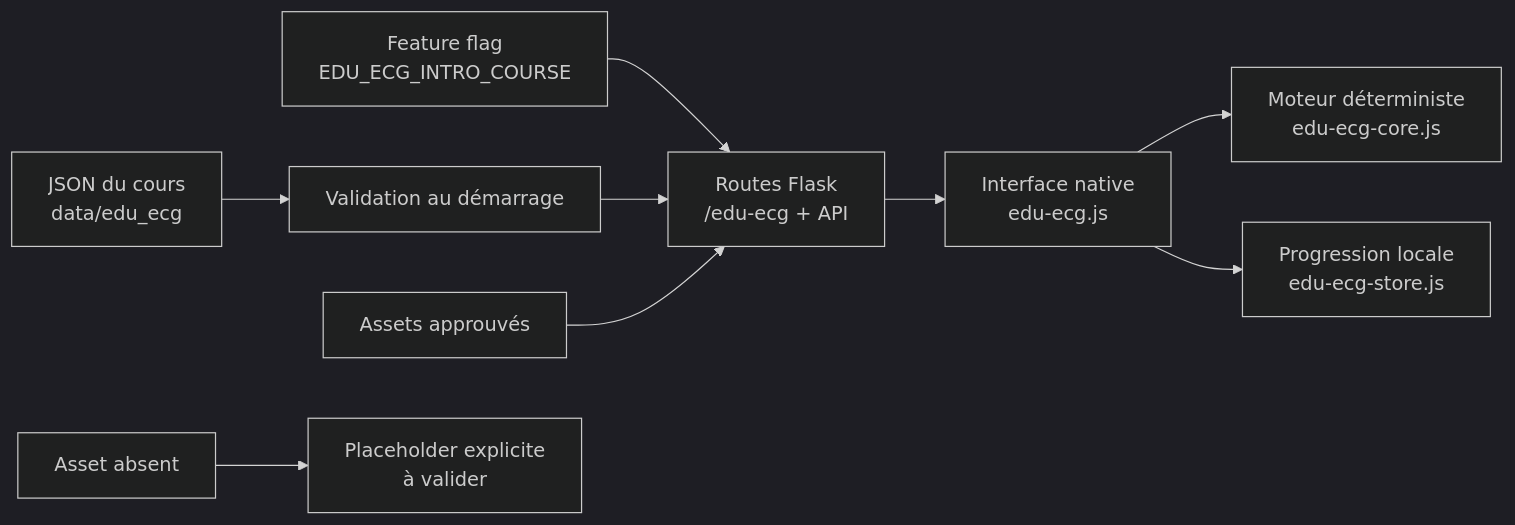
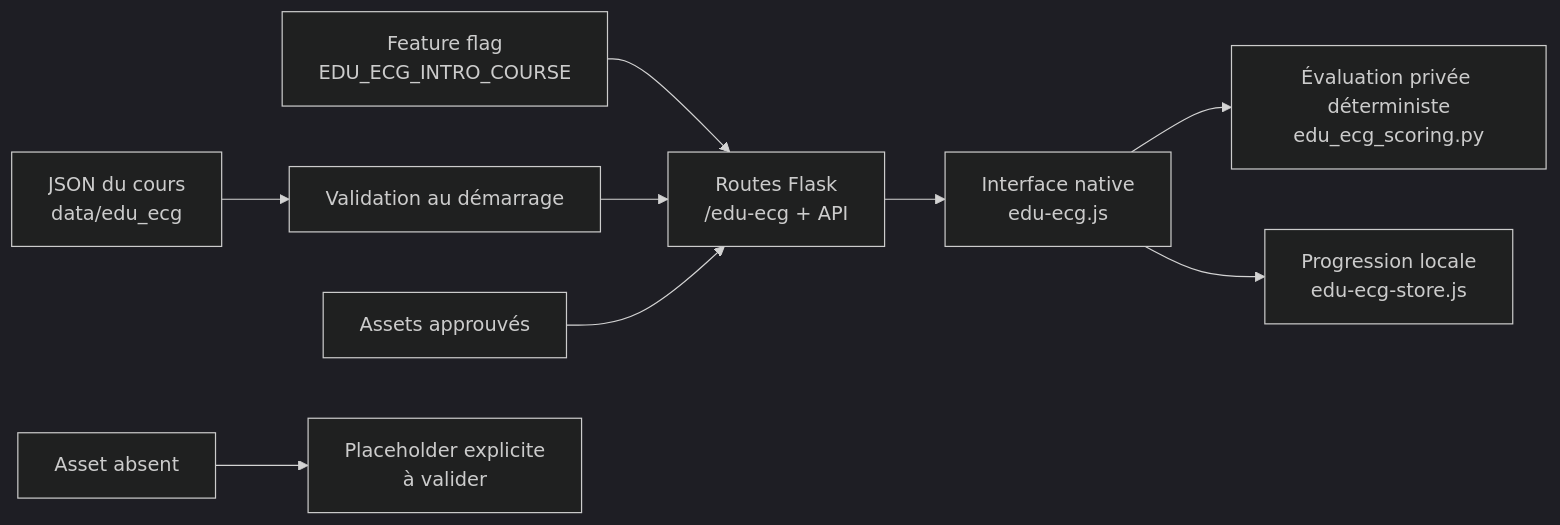
The diagram in docs/EDU_ECG_INTRODUCTION.md (EPCASE/ecg-online), drawn with Mermaid (dark theme) before and after one commit. The commit also changed other lines of this file and 20 other files, not shown here.

Commit message:
feat: align Edu-ECG with v2 contract

````diff
--- a/docs/EDU_ECG_INTRODUCTION.md
+++ b/docs/EDU_ECG_INTRODUCTION.md
@@ -29,11 +29,11 @@
 ```mermaid
 flowchart LR
     F["Feature flag<br>EDU_ECG_INTRO_COURSE"] --> R["Routes Flask<br>/edu-ecg + API"]
     J["JSON du cours<br>data/edu_ecg"] --> V["Validation au démarrage"]
     V --> R
     R --> U["Interface native<br>edu-ecg.js"]
-    U --> E["Moteur déterministe<br>edu-ecg-core.js"]
+    U --> E["Évaluation privée déterministe<br>edu_ecg_scoring.py"]
     U --> S["Progression locale<br>edu-ecg-store.js"]
     A["Assets approuvés"] --> R
     M["Asset absent"] --> P["Placeholder explicite<br>à valider"]
 ```
````
